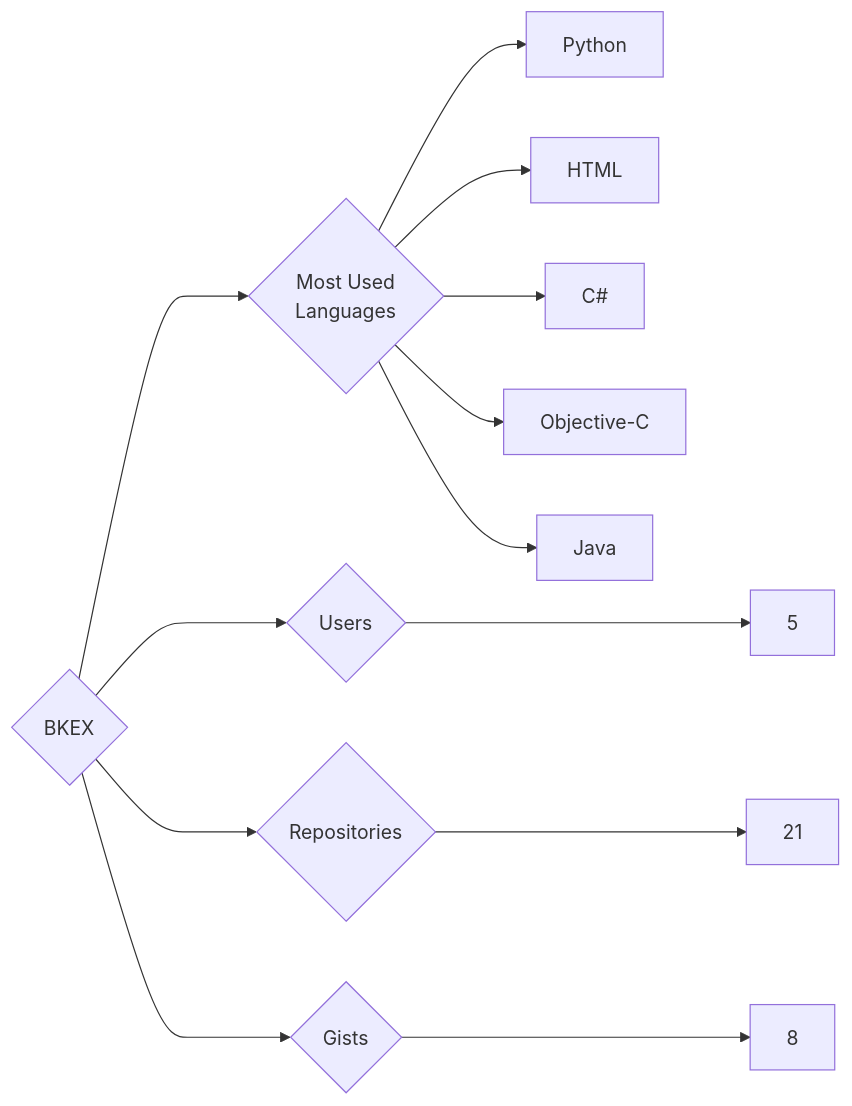
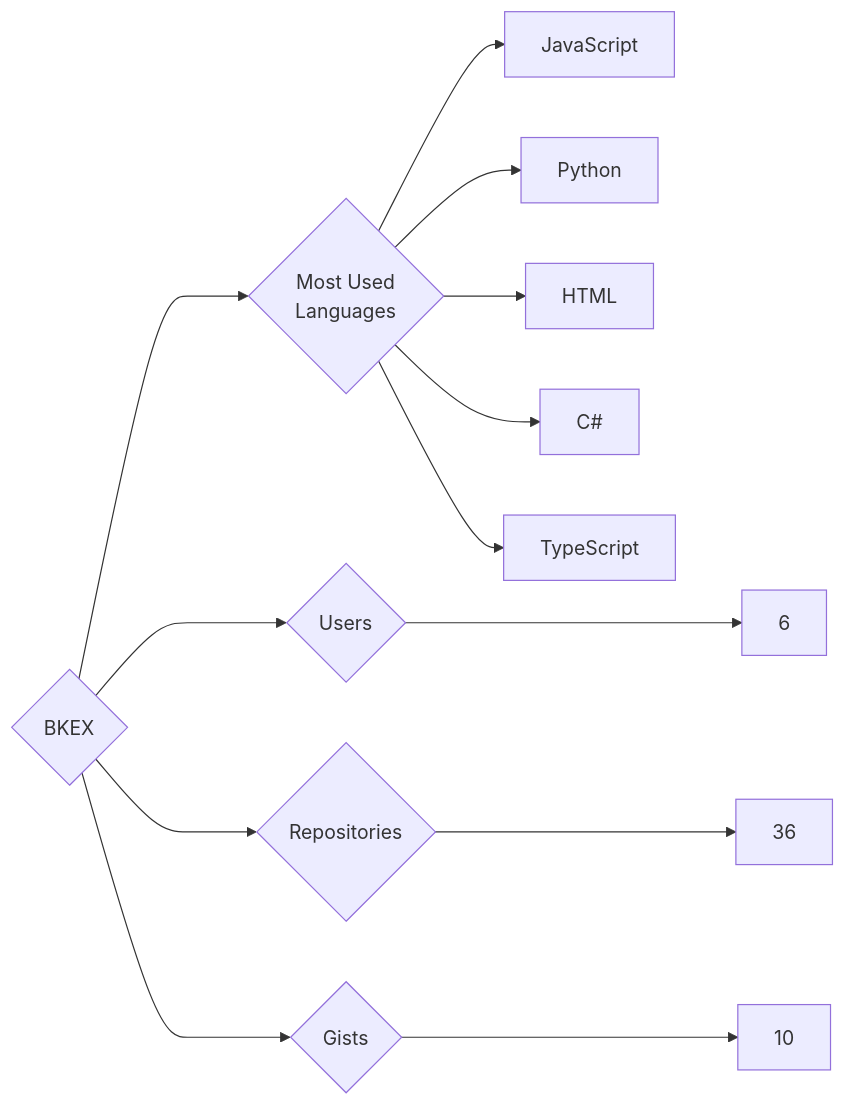
The diagram in targets/BKEX/README.md (trickest/insiders), drawn with Mermaid before and after one commit. The commit also changed 1092 other files, not shown here.

````diff
--- a/targets/BKEX/README.md
+++ b/targets/BKEX/README.md
@@ -3,13 +3,13 @@
 ```mermaid
 graph LR
 COMPANY_NAME{BKEX}
-COMPANY_NAME ---> U{Users} ---> UN[5]
-COMPANY_NAME ---> R{Repositories} ---> RN[21]
-COMPANY_NAME ---> G{Gists} ---> GN[8]
+COMPANY_NAME ---> U{Users} ---> UN[6]
+COMPANY_NAME ---> R{Repositories} ---> RN[36]
+COMPANY_NAME ---> G{Gists} ---> GN[10]
 COMPANY_NAME ---> ML{Most Used<br>Languages}
+ML --> JavaScript[JavaScript]
 ML --> Python[Python]
 ML --> HTML[HTML]
 ML --> C#[C#]
-ML --> Objective-C[Objective-C]
-ML --> Java[Java]
+ML --> TypeScript[TypeScript]
 ```
````
